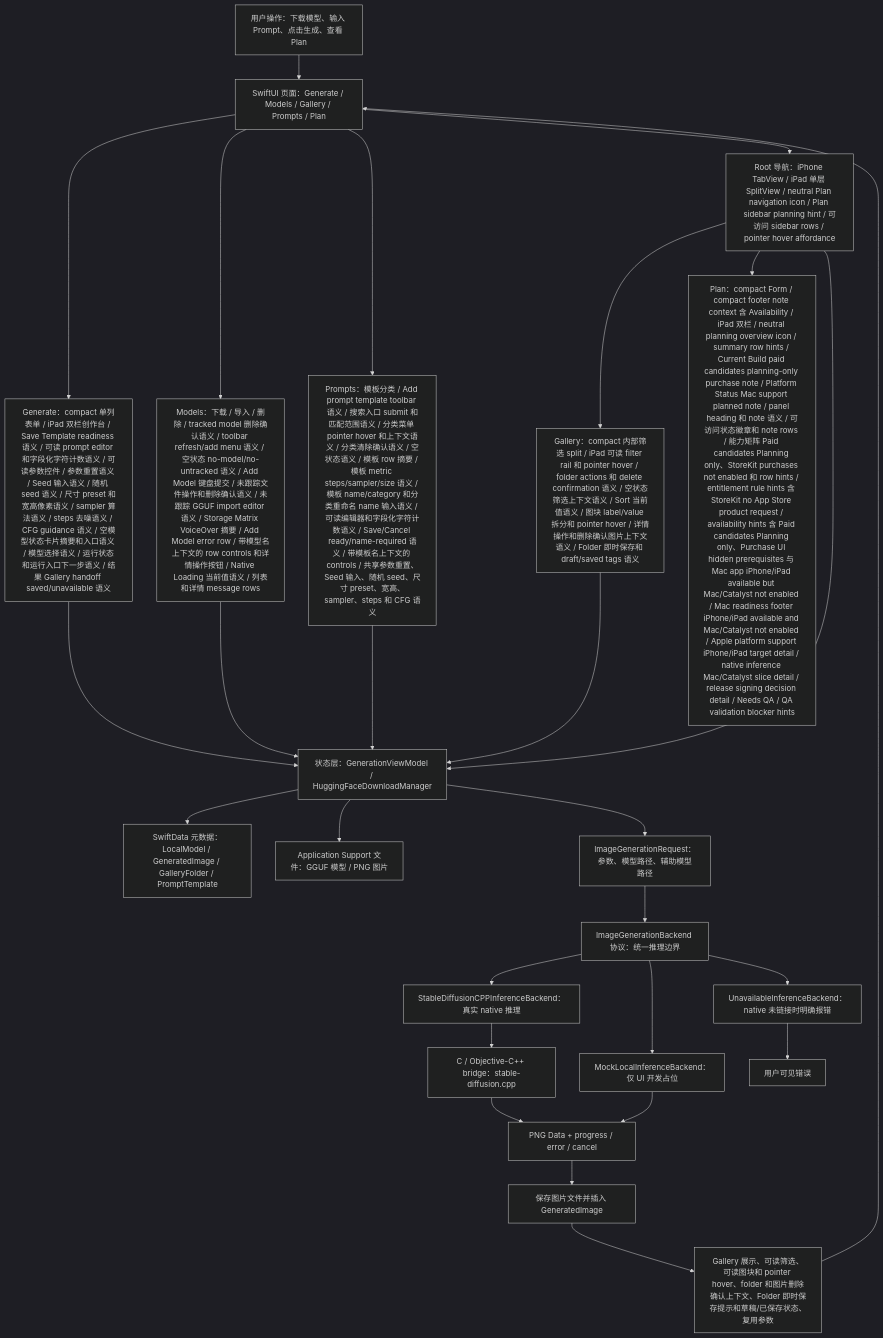
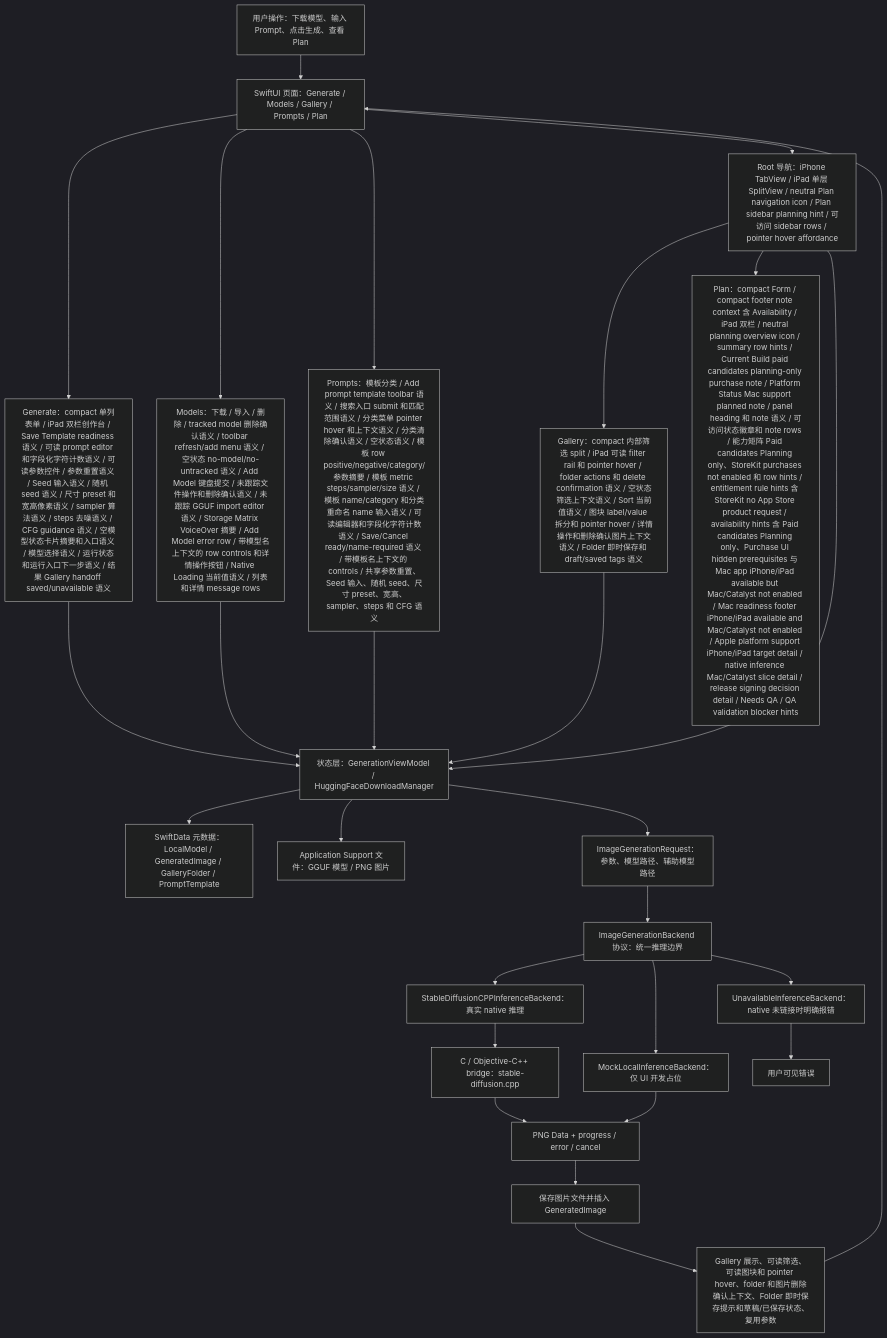
One commit to Altman-sam114/118 changed the first of 7 diagrams in md/flow/flowchart.md. Above: the diagram before and after it, drawn with Mermaid (dark theme). The commit also changed 5 other files, not shown here.

First line of the commit message:
v1.104: Prompt row summary semantics

````diff
--- a/md/flow/flowchart.md
+++ b/md/flow/flowchart.md
@@ -9,29 +9,29 @@
 ```mermaid
 flowchart TD
   U["用户操作：下载模型、输入 Prompt、点击生成、查看 Plan"] --> UI["SwiftUI 页面：Generate / Models / Gallery / Prompts / Plan"]
   UI --> GENUI["Generate：compact 单列表单 / iPad 双栏创作台 / Save Template readiness 语义 / 可读 prompt editor 和字段化字符计数语义 / 可读参数控件 / 参数重置语义 / Seed 输入语义 / 随机 seed 语义 / 尺寸 preset 和宽高像素语义 / sampler 算法语义 / steps 去噪语义 / CFG guidance 语义 / 空模型状态卡片摘要和入口语义 / 模型选择语义 / 运行状态和运行入口下一步语义 / 结果 Gallery handoff saved/unavailable 语义"]
   UI --> MODELUI["Models：下载 / 导入 / 删除 / tracked model 删除确认语义 / toolbar refresh/add menu 语义 / 空状态 no-model/no-untracked 语义 / Add Model 键盘提交 / 未跟踪文件操作和删除确认语义 / 未跟踪 GGUF import editor 语义 / Storage Matrix VoiceOver 摘要 / Add Model error row / 带模型名上下文的 row controls 和详情操作按钮 / Native Loading 当前值语义 / 列表和详情 message rows"]
-  UI --> PROMPTUI["Prompts：模板分类 / Add prompt template toolbar 语义 / 搜索入口 submit 和匹配范围语义 / 分类菜单 pointer hover 和上下文语义 / 分类清除确认语义 / 空状态语义 / 模板 row 摘要 / 模板 metric steps/sampler/size 语义 / 模板 name/category 和分类重命名 name 输入语义 / 可读编辑器和字段化字符计数语义 / Save/Cancel ready/name-required 语义 / 带模板名上下文的 controls / 共享参数重置、Seed 输入、随机 seed、尺寸 preset、宽高、sampler、steps 和 CFG 语义"]
+  UI --> PROMPTUI["Prompts：模板分类 / Add prompt template toolbar 语义 / 搜索入口 submit 和匹配范围语义 / 分类菜单 pointer hover 和上下文语义 / 分类清除确认语义 / 空状态语义 / 模板 row positive/negative/category/参数摘要 / 模板 metric steps/sampler/size 语义 / 模板 name/category 和分类重命名 name 输入语义 / 可读编辑器和字段化字符计数语义 / Save/Cancel ready/name-required 语义 / 带模板名上下文的 controls / 共享参数重置、Seed 输入、随机 seed、尺寸 preset、宽高、sampler、steps 和 CFG 语义"]
   UI --> NAV["Root 导航：iPhone TabView / iPad 单层 SplitView / neutral Plan navigation icon / Plan sidebar planning hint / 可访问 sidebar rows / pointer hover affordance"]
   NAV --> GALUI["Gallery：compact 内部筛选 split / iPad 可读 filter rail 和 pointer hover / folder actions 和 delete confirmation 语义 / 空状态筛选上下文语义 / Sort 当前值语义 / 图块 label/value 拆分和 pointer hover / 详情操作和删除确认图片上下文语义 / Folder 即时保存和 draft/saved tags 语义"]
   NAV --> PLANUI["Plan：compact Form / compact footer note context 含 Availability / iPad 双栏 / neutral planning overview icon / summary row hints / Current Build paid candidates planning-only purchase note / Platform Status Mac support planned note / panel heading 和 note 语义 / 可访问状态徽章和 note rows / 能力矩阵 Paid candidates Planning only、StoreKit purchases not enabled 和 row hints / entitlement rule hints 含 StoreKit no App Store product request / availability hints 含 Paid candidates Planning only、Purchase UI hidden prerequisites 与 Mac app iPhone/iPad available but Mac/Catalyst not enabled / Mac readiness footer iPhone/iPad available and Mac/Catalyst not enabled / Apple platform support iPhone/iPad target detail / native inference Mac/Catalyst slice detail / release signing decision detail / Needs QA / QA validation blocker hints"]
   NAV --> VM["状态层：GenerationViewModel / HuggingFaceDownloadManager"]
   GENUI --> VM
   MODELUI --> VM
   PROMPTUI --> VM
   GALUI --> VM
   VM --> SD["SwiftData 元数据：LocalModel / GeneratedImage / GalleryFolder / PromptTemplate"]
   VM --> FS["Application Support 文件：GGUF 模型 / PNG 图片"]
   VM --> REQ["ImageGenerationRequest：参数、模型路径、辅助模型路径"]
   REQ --> IFACE["ImageGenerationBackend 协议：统一推理边界"]
   IFACE --> NATIVE["StableDiffusionCPPInferenceBackend：真实 native 推理"]
   IFACE --> MOCK["MockLocalInferenceBackend：仅 UI 开发占位"]
   IFACE --> OFF["UnavailableInferenceBackend：native 未链接时明确报错"]
   NATIVE --> BRIDGE["C / Objective-C++ bridge：stable-diffusion.cpp"]
   BRIDGE --> PNG["PNG Data + progress / error / cancel"]
   MOCK --> PNG
   OFF --> ERR["用户可见错误"]
   PNG --> SAVE["保存图片文件并插入 GeneratedImage"]
   SAVE --> GALLERY["Gallery 展示、可读筛选、可读图块和 pointer hover、folder 和图片删除确认上下文、Folder 即时保存提示和草稿/已保存状态、复用参数"]
   GALLERY --> UI
 ```
````
